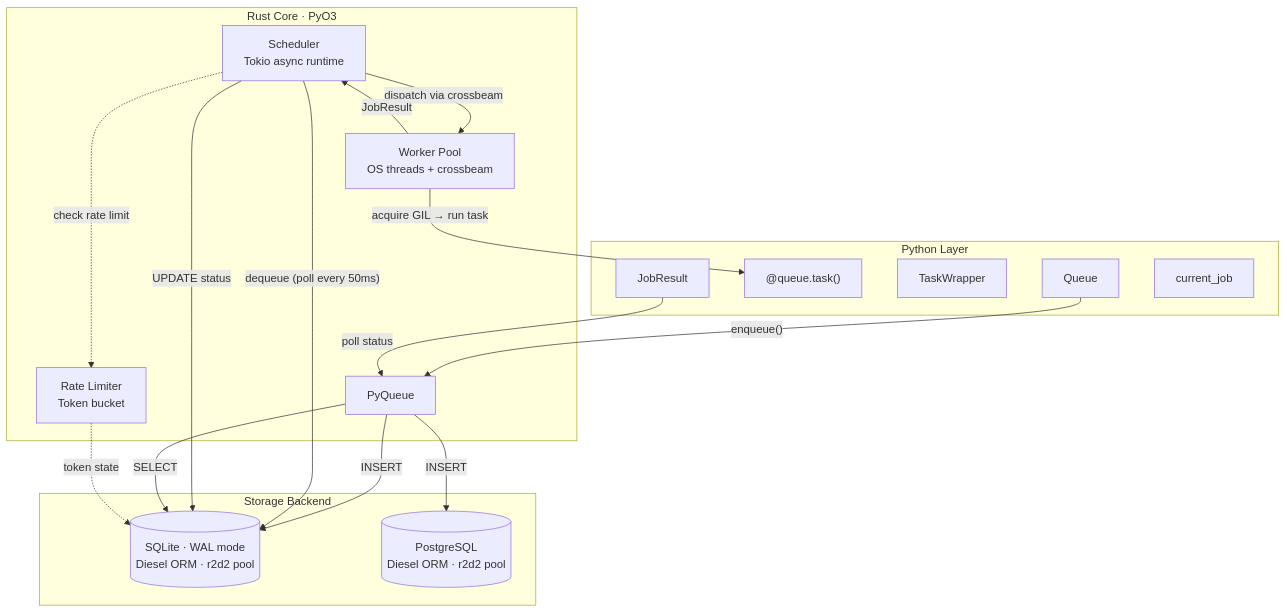
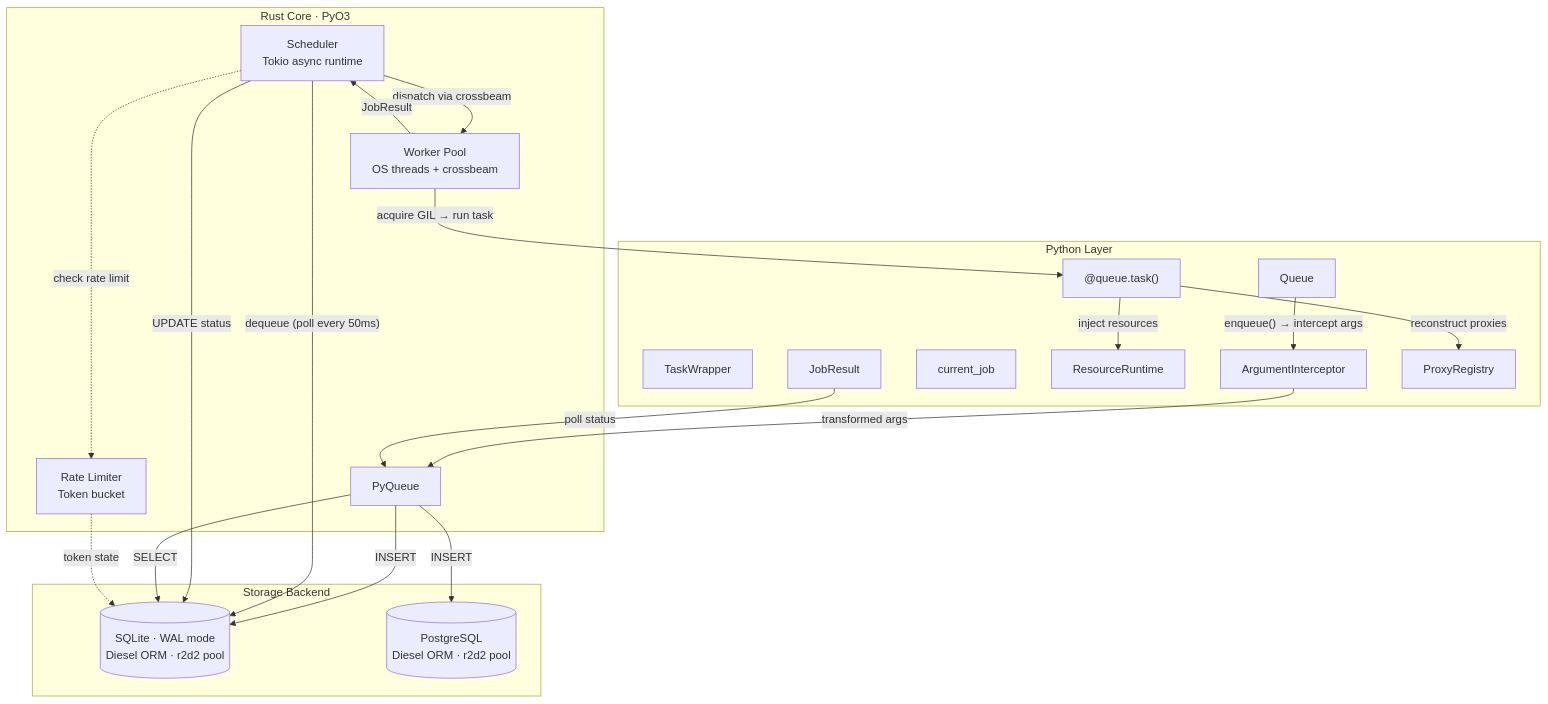
One commit to ByteVeda/taskito changed the first of 4 diagrams in docs/architecture.md. Above: the diagram before and after it, drawn with Mermaid. The commit also changed other lines of this file and 124 other files, not shown here.

````diff
--- a/docs/architecture.md
+++ b/docs/architecture.md
@@ -7,35 +7,41 @@
 ```mermaid
 graph TB
     subgraph Python ["Python Layer"]
         A["Queue"]
         B["@queue.task()"]
         C["TaskWrapper"]
         D["JobResult"]
         E["current_job"]
+        R["ResourceRuntime"]
+        IC["ArgumentInterceptor"]
+        PX["ProxyRegistry"]
     end
 
     subgraph Rust ["Rust Core · PyO3"]
         F["PyQueue"]
         G["Scheduler<br/>Tokio async runtime"]
         H["Worker Pool<br/>OS threads + crossbeam"]
         I["Rate Limiter<br/>Token bucket"]
     end
 
     subgraph Storage ["Storage Backend"]
         J[("SQLite · WAL mode<br/>Diesel ORM · r2d2 pool")]
         K[("PostgreSQL<br/>Diesel ORM · r2d2 pool")]
     end
 
-    A -->|"enqueue()"| F
+    A -->|"enqueue() → intercept args"| IC
+    IC -->|"transformed args"| F
     F -->|INSERT| J
     F -->|INSERT| K
     G -->|"dequeue (poll every 50ms)"| J
     G -->|"dispatch via crossbeam"| H
     H -->|"acquire GIL → run task"| B
+    B -->|"reconstruct proxies"| PX
+    B -->|"inject resources"| R
     H -->|"JobResult"| G
     G -->|"UPDATE status"| J
     D -->|"poll status"| F
     F -->|SELECT| J
     G -.->|"check rate limit"| I
     I -.->|"token state"| J
 ```
````
